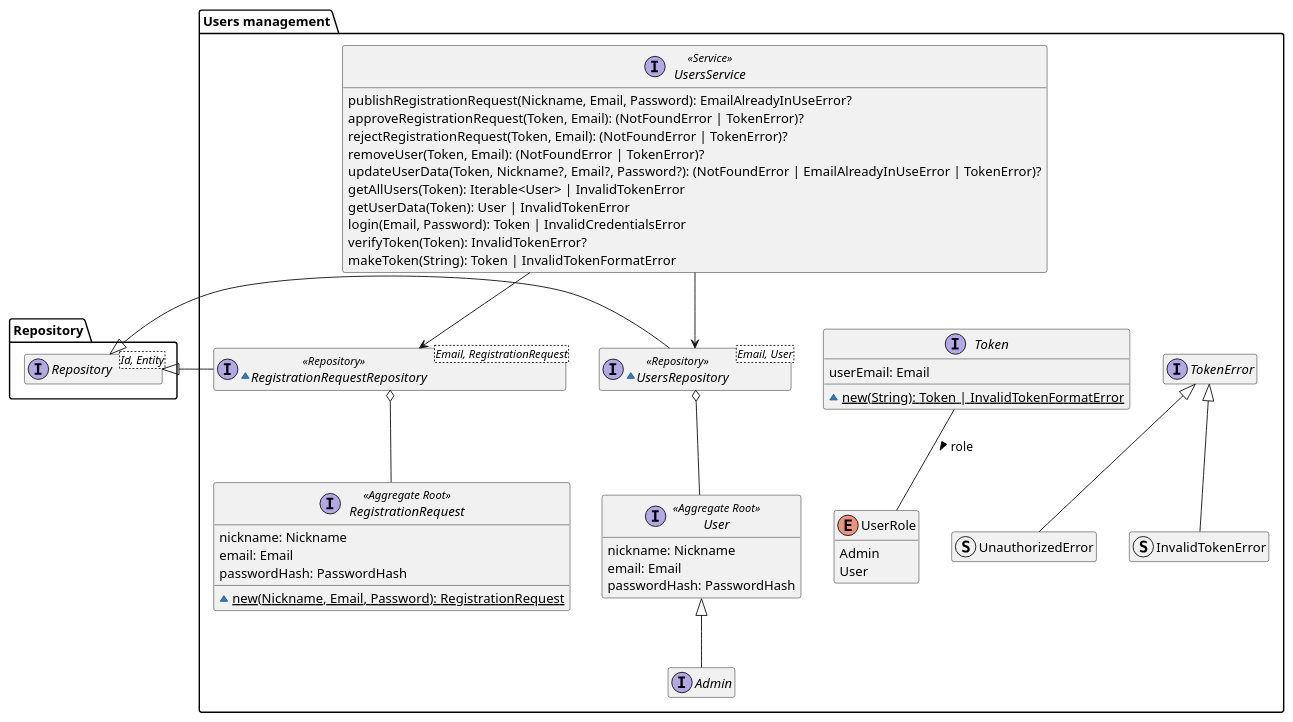
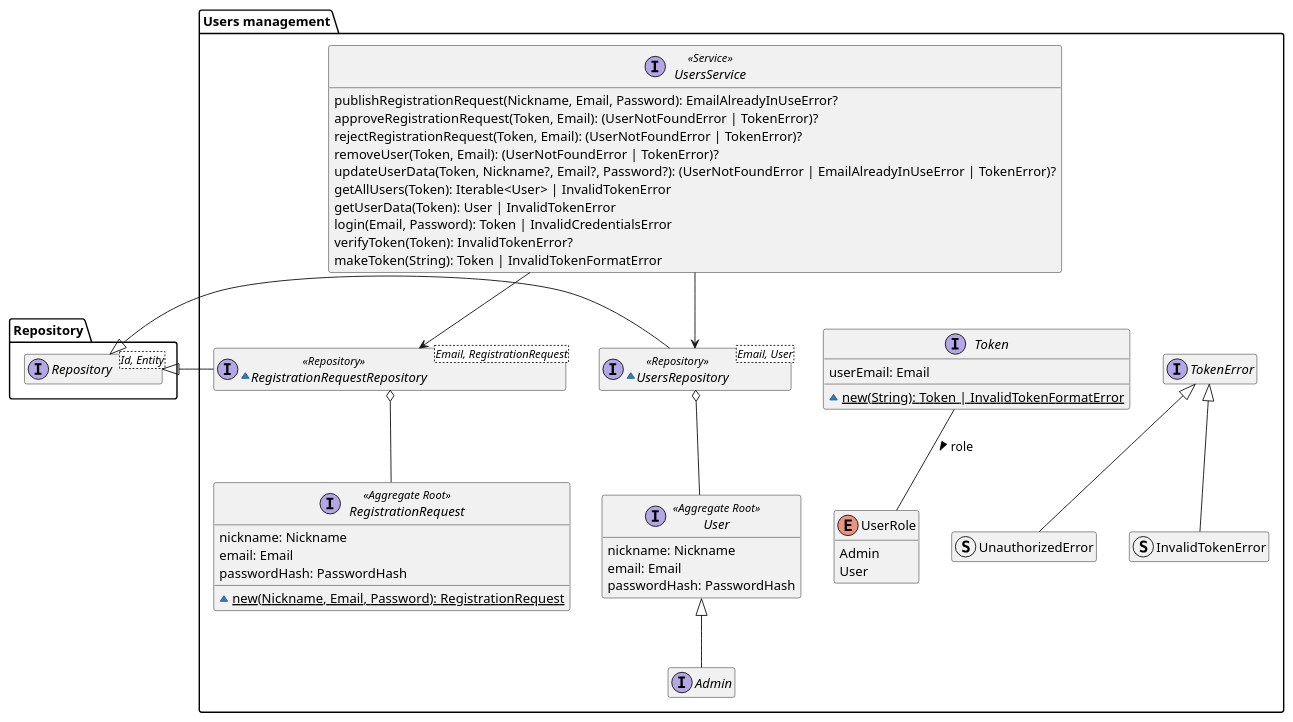
The diagram in diagrams/src/users-management-domain-model.puml (DomoticASW/.github), drawn with PlantUML before and after one commit. The commit also changed 1 other file, not shown here.

Commit message:
renamed error in users management context

```diff
--- a/diagrams/src/users-management-domain-model.puml
+++ b/diagrams/src/users-management-domain-model.puml
@@ -1,66 +1,66 @@
 @startuml users-management-domain-model
 
 hide empty members
 package Repository{
     interface Repository<Id, Entity>
 }
 
 package "Users management" as Users {
     interface User <<Aggregate Root>> {
         nickname: Nickname
         email: Email
         passwordHash: PasswordHash
     }
     interface Admin extends User
 
     interface RegistrationRequest <<Aggregate Root>> {
         nickname: Nickname
         email: Email
         passwordHash: PasswordHash
         ~{static} new(Nickname, Email, Password): RegistrationRequest
     }
 
     interface Token {
         userEmail: Email
         ~{static} new(String): Token | InvalidTokenFormatError
     }
     enum UserRole {
         Admin
         User
     }
     Token -- UserRole : "role >"
 
     interface UsersService <<Service>> {
         publishRegistrationRequest(Nickname, Email, Password): EmailAlreadyInUseError?
-        approveRegistrationRequest(Token, Email): (NotFoundError | TokenError)?
-        rejectRegistrationRequest(Token, Email): (NotFoundError | TokenError)?
-        removeUser(Token, Email): (NotFoundError | TokenError)?
-        updateUserData(Token, Nickname?, Email?, Password?): (NotFoundError | EmailAlreadyInUseError | TokenError)?
+        approveRegistrationRequest(Token, Email): (UserNotFoundError | TokenError)?
+        rejectRegistrationRequest(Token, Email): (UserNotFoundError | TokenError)?
+        removeUser(Token, Email): (UserNotFoundError | TokenError)?
+        updateUserData(Token, Nickname?, Email?, Password?): (UserNotFoundError | EmailAlreadyInUseError | TokenError)?
         getAllUsers(Token): Iterable<User> | InvalidTokenError
         getUserData(Token): User | InvalidTokenError
         login(Email, Password): Token | InvalidCredentialsError
         verifyToken(Token): InvalidTokenError?
         makeToken(String): Token | InvalidTokenFormatError
     }
 
     ~interface RegistrationRequestRepository<Email, RegistrationRequest> <<Repository>> {
     }
     RegistrationRequestRepository -l-|> Repository.Repository
     RegistrationRequestRepository o-- RegistrationRequest
     ~interface UsersRepository<Email, User> <<Repository>> {
     }
     UsersRepository -l-|> Repository.Repository
     UsersRepository o-- User
     
     UsersService --> UsersRepository
     UsersService --> RegistrationRequestRepository
 
     interface TokenError
     struct UnauthorizedError extends TokenError
     struct InvalidTokenError extends TokenError
     Token -r[hidden]- TokenError
 
     UsersService -[hidden]-> Token
 }
 
 @enduml
```
